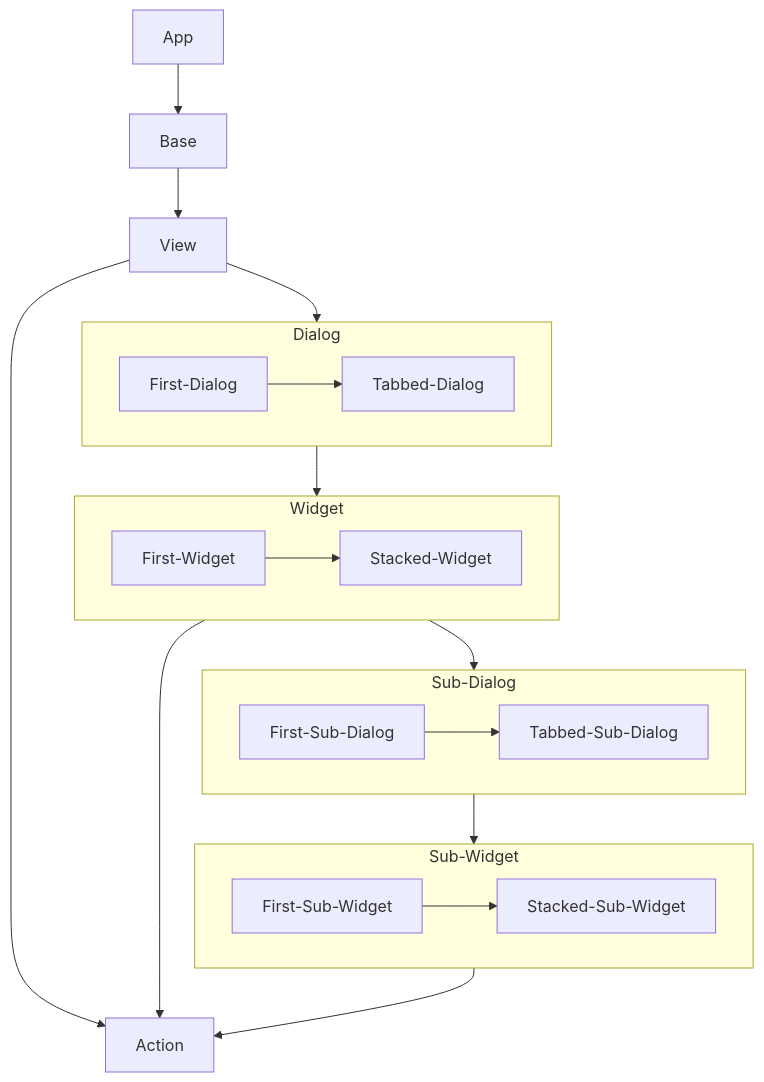
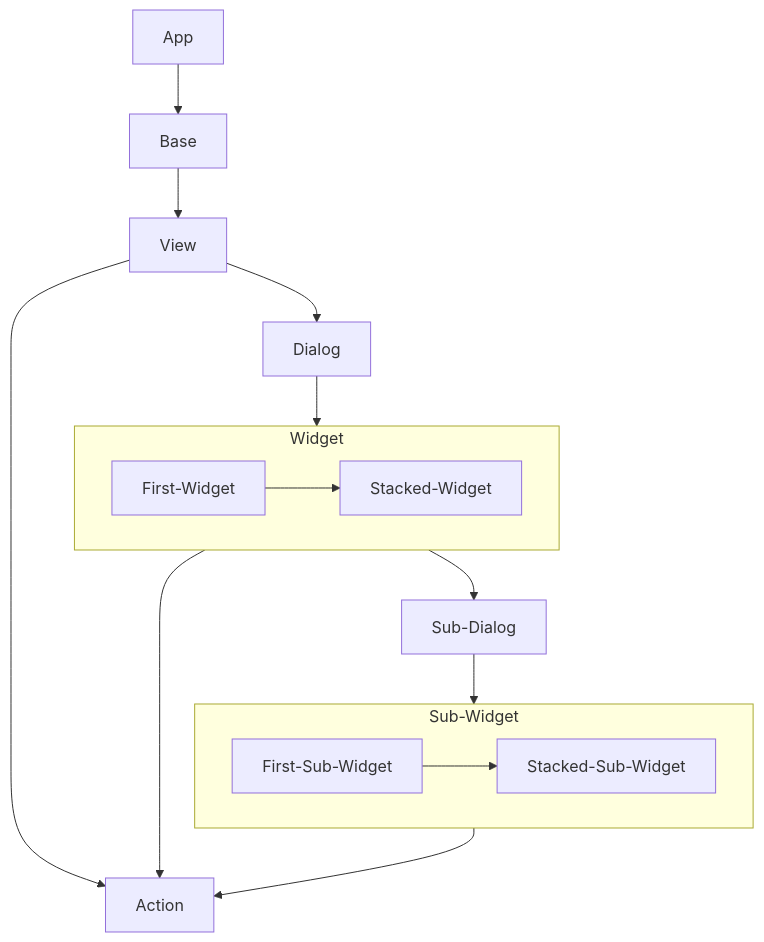
The diagram in source/documentation.rst (KemoPanzah/decore_Page_Old), drawn with Mermaid before and after one commit. The commit also changed 28 other files, not shown here.

```diff
--- a/source/documentation.rst
+++ b/source/documentation.rst
@@ -72,29 +72,21 @@
 .. mermaid::
    :align: center
 
    flowchart TD;
       App-->Base;
       Base-->View;
       View-->Action;
       View-->Dialog;
       Dialog -->Widget;
       Widget-->Action;
       Widget-->Sub-Dialog;
       Sub-Dialog-->Sub-Widget;
       Sub-Widget-->Action;
 
-   subgraph Dialog;
-      First-Dialog-->Tabbed-Dialog;
-   end
-
-   subgraph Sub-Dialog;
-      First-Sub-Dialog-->Tabbed-Sub-Dialog;
-   end
-
    subgraph Widget;
       First-Widget-->Stacked-Widget;
    end
 
    subgraph Sub-Widget;
       First-Sub-Widget-->Stacked-Sub-Widget;
    end
```
